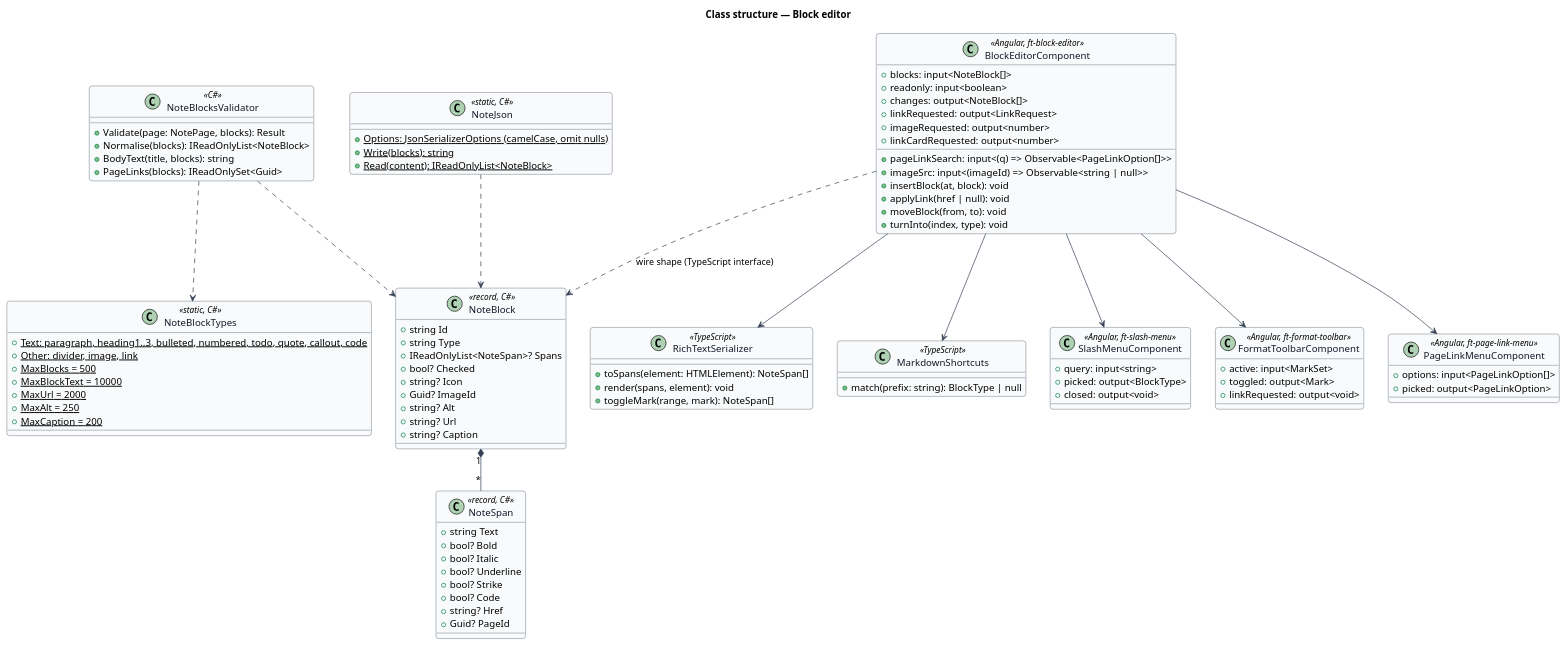
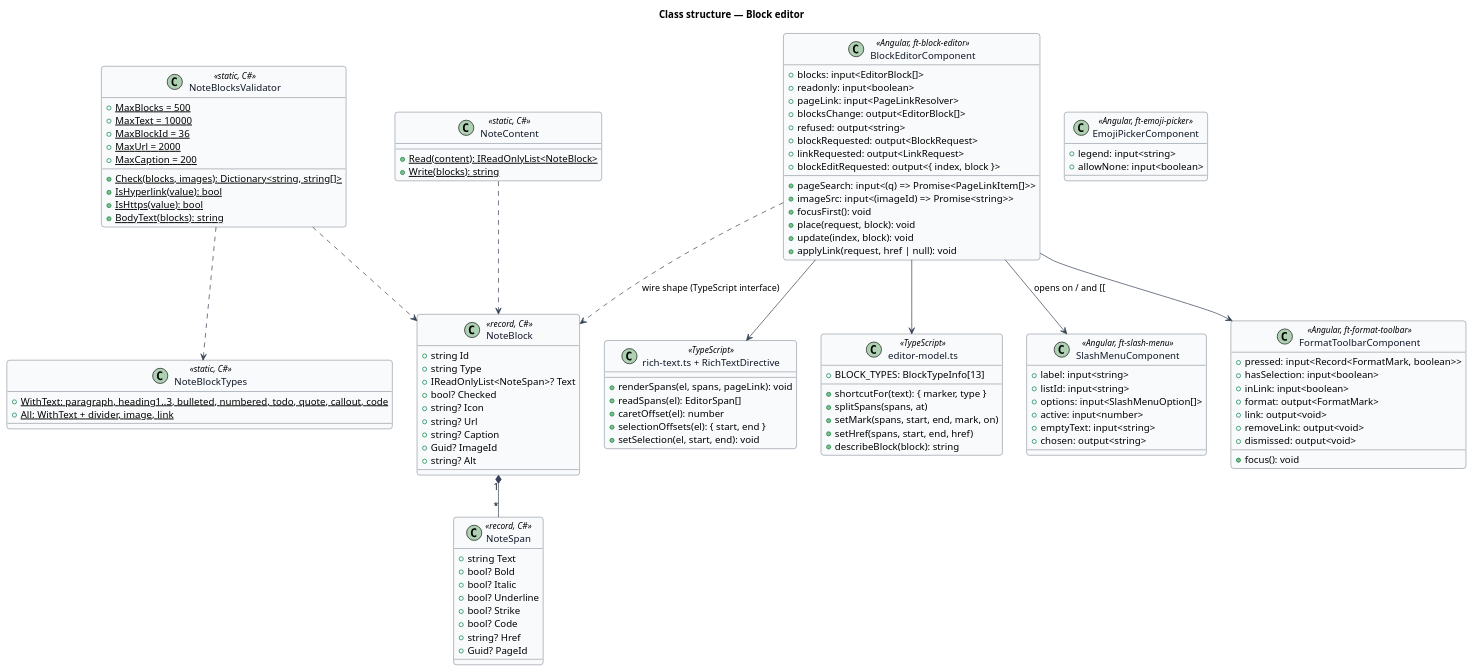
The diagram in docs/detailed-designs/notes/block-editor/diagrams/class-structure.puml (QuinntyneBrown/faithtech-community), drawn with PlantUML before and after one commit. The commit also changed 230 other files, not shown here.

```diff
--- a/docs/detailed-designs/notes/block-editor/diagrams/class-structure.puml
+++ b/docs/detailed-designs/notes/block-editor/diagrams/class-structure.puml
@@ -1,101 +1,116 @@
 @startuml
 skinparam backgroundColor #FFFFFF
 skinparam shadowing false
 skinparam roundcorner 8
 skinparam defaultFontName Arial
 skinparam ArrowColor #344054
 skinparam class {
   BorderColor #344054
   FontColor #101828
   BackgroundColor #F9FAFB
 }
 title Class structure — Block editor
 class NoteBlock <<record, C#>> {
   +string Id
   +string Type
-  +IReadOnlyList<NoteSpan>? Spans
+  +IReadOnlyList<NoteSpan>? Text
   +bool? Checked
   +string? Icon
+  +string? Url
+  +string? Caption
   +Guid? ImageId
   +string? Alt
-  +string? Url
-  +string? Caption
 }
 class NoteSpan <<record, C#>> {
   +string Text
   +bool? Bold
   +bool? Italic
   +bool? Underline
   +bool? Strike
   +bool? Code
   +string? Href
   +Guid? PageId
 }
 NoteBlock "1" *-- "*" NoteSpan
 class NoteBlockTypes <<static, C#>> {
-  +{static} Text: paragraph, heading1..3, bulleted, numbered, todo, quote, callout, code
-  +{static} Other: divider, image, link
+  +{static} WithText: paragraph, heading1..3, bulleted, numbered, todo, quote, callout, code
+  +{static} All: WithText + divider, image, link
+}
+class NoteBlocksValidator <<static, C#>> {
   +{static} MaxBlocks = 500
-  +{static} MaxBlockText = 10000
+  +{static} MaxText = 10000
+  +{static} MaxBlockId = 36
   +{static} MaxUrl = 2000
-  +{static} MaxAlt = 250
   +{static} MaxCaption = 200
-}
-class NoteBlocksValidator <<C#>> {
-  +Validate(page: NotePage, blocks): Result
-  +Normalise(blocks): IReadOnlyList<NoteBlock>
-  +BodyText(title, blocks): string
-  +PageLinks(blocks): IReadOnlySet<Guid>
+  +{static} Check(blocks, images): Dictionary<string, string[]>
+  +{static} IsHyperlink(value): bool
+  +{static} IsHttps(value): bool
+  +{static} BodyText(blocks): string
 }
 NoteBlocksValidator ..> NoteBlockTypes
 NoteBlocksValidator ..> NoteBlock
-class NoteJson <<static, C#>> {
-  +{static} Options: JsonSerializerOptions (camelCase, omit nulls)
+class NoteContent <<static, C#>> {
+  +{static} Read(content): IReadOnlyList<NoteBlock>
   +{static} Write(blocks): string
-  +{static} Read(content): IReadOnlyList<NoteBlock>
 }
-NoteJson ..> NoteBlock
+NoteContent ..> NoteBlock
 
 class BlockEditorComponent <<Angular, ft-block-editor>> {
-  +blocks: input<NoteBlock[]>
+  +blocks: input<EditorBlock[]>
   +readonly: input<boolean>
-  +pageLinkSearch: input<(q) => Observable<PageLinkOption[]>>
-  +imageSrc: input<(imageId) => Observable<string | null>>
-  +changes: output<NoteBlock[]>
+  +pageLink: input<PageLinkResolver>
+  +pageSearch: input<(q) => Promise<PageLinkItem[]>>
+  +imageSrc: input<(imageId) => Promise<string>>
+  +blocksChange: output<EditorBlock[]>
+  +refused: output<string>
+  +blockRequested: output<BlockRequest>
   +linkRequested: output<LinkRequest>
-  +imageRequested: output<number>
-  +linkCardRequested: output<number>
-  +insertBlock(at, block): void
-  +applyLink(href | null): void
-  +moveBlock(from, to): void
-  +turnInto(index, type): void
+  +blockEditRequested: output<{ index, block }>
+  +focusFirst(): void
+  +place(request, block): void
+  +update(index, block): void
+  +applyLink(request, href | null): void
 }
-class RichTextSerializer <<TypeScript>> {
-  +toSpans(element: HTMLElement): NoteSpan[]
-  +render(spans, element): void
-  +toggleMark(range, mark): NoteSpan[]
+class "rich-text.ts + RichTextDirective" as RichText <<TypeScript>> {
+  +renderSpans(el, spans, pageLink): void
+  +readSpans(el): EditorSpan[]
+  +caretOffset(el): number
+  +selectionOffsets(el): { start, end }
+  +setSelection(el, start, end): void
 }
-class MarkdownShortcuts <<TypeScript>> {
-  +match(prefix: string): BlockType | null
+class "editor-model.ts" as EditorModel <<TypeScript>> {
+  +BLOCK_TYPES: BlockTypeInfo[13]
+  +shortcutFor(text): { marker, type }
+  +splitSpans(spans, at)
+  +setMark(spans, start, end, mark, on)
+  +setHref(spans, start, end, href)
+  +describeBlock(block): string
 }
 class SlashMenuComponent <<Angular, ft-slash-menu>> {
-  +query: input<string>
-  +picked: output<BlockType>
-  +closed: output<void>
+  +label: input<string>
+  +listId: input<string>
+  +options: input<SlashMenuOption[]>
+  +active: input<number>
+  +emptyText: input<string>
+  +chosen: output<string>
 }
 class FormatToolbarComponent <<Angular, ft-format-toolbar>> {
-  +active: input<MarkSet>
-  +toggled: output<Mark>
-  +linkRequested: output<void>
+  +pressed: input<Record<FormatMark, boolean>>
+  +hasSelection: input<boolean>
+  +inLink: input<boolean>
+  +format: output<FormatMark>
+  +link: output<void>
+  +removeLink: output<void>
+  +dismissed: output<void>
+  +focus(): void
 }
-class PageLinkMenuComponent <<Angular, ft-page-link-menu>> {
-  +options: input<PageLinkOption[]>
-  +picked: output<PageLinkOption>
+class EmojiPickerComponent <<Angular, ft-emoji-picker>> {
+  +legend: input<string>
+  +allowNone: input<boolean>
 }
-BlockEditorComponent --> RichTextSerializer
-BlockEditorComponent --> MarkdownShortcuts
-BlockEditorComponent --> SlashMenuComponent
+BlockEditorComponent --> RichText
+BlockEditorComponent --> EditorModel
+BlockEditorComponent --> SlashMenuComponent : opens on / and [[
 BlockEditorComponent --> FormatToolbarComponent
-BlockEditorComponent --> PageLinkMenuComponent
 BlockEditorComponent ..> NoteBlock : wire shape (TypeScript interface)
 @enduml
```
